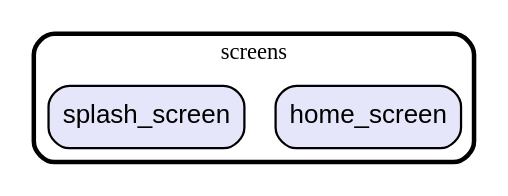
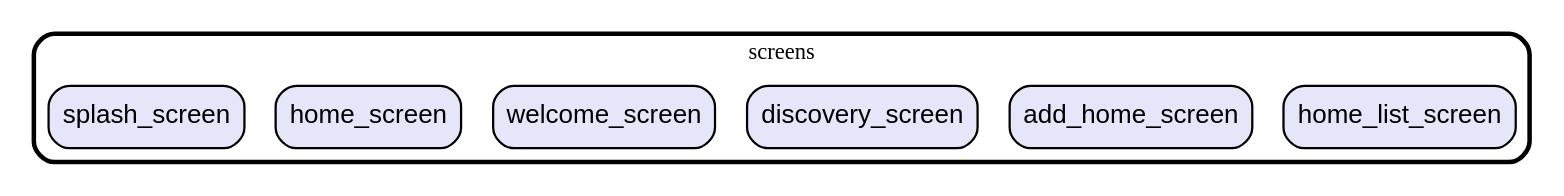
The diagram in graph/lib/ui/screens.dot (gev/reacthome-mobile), drawn with Graphviz before and after one commit. The commit also changed 222 other files, not shown here.

```diff
--- a/graph/lib/ui/screens.dot
+++ b/graph/lib/ui/screens.dot
@@ -1,12 +1,20 @@
 digraph "" {
   graph [style=rounded fontname="Arial Black" fontsize=13 penwidth=2.6];
   node [shape=rect style="filled,rounded" fontname=Arial fontsize=15 fillcolor=Lavender penwidth=1.3];
   edge [penwidth=1.3];
+  "/home_list_screen.dart" [label="home_list_screen"];
+  "/add_home_screen.dart" [label="add_home_screen"];
+  "/discovery_screen.dart" [label="discovery_screen"];
+  "/welcome_screen.dart" [label="welcome_screen"];
   "/home_screen.dart" [label="home_screen"];
   "/splash_screen.dart" [label="splash_screen"];
   subgraph "cluster~" {
     label="screens";
+    "/home_list_screen.dart";
+    "/add_home_screen.dart";
+    "/discovery_screen.dart";
+    "/welcome_screen.dart";
     "/home_screen.dart";
     "/splash_screen.dart";
   }
 }
```
